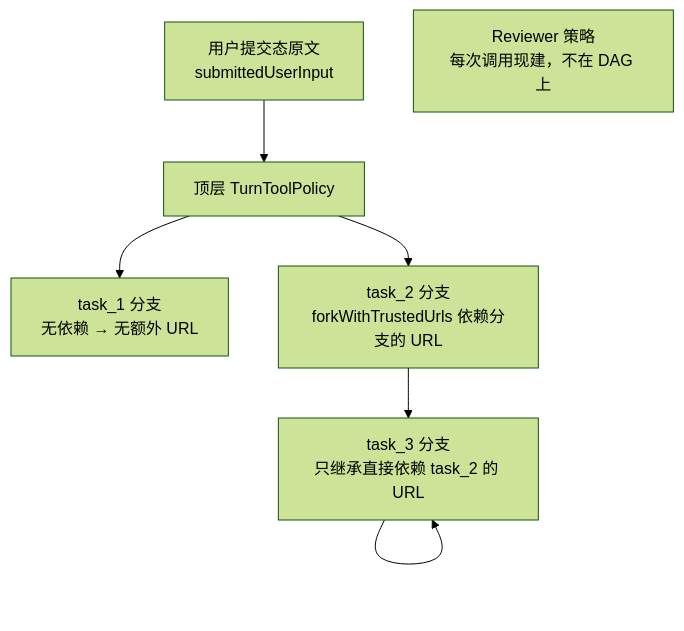
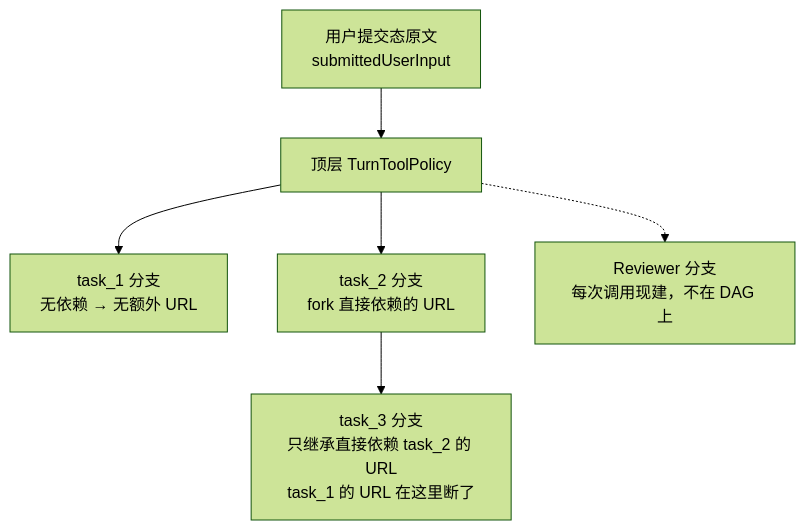
One commit to zgjdev/Code-Agent changed the tenth of 14 diagrams in docs/dev/03-multi-agent-collaboration.md. Above: the diagram before and after it, drawn with Mermaid (forest theme). The commit also changed other lines of this file and 8 other files, not shown here.

````diff
--- a/docs/dev/03-multi-agent-collaboration.md
+++ b/docs/dev/03-multi-agent-collaboration.md
@@ -674,9 +1337,8 @@
 ```mermaid
 graph TB
     U[用户提交态原文<br/>submittedUserInput] --> TOP[顶层 TurnToolPolicy]
-    TOP --> T1[task_1 分支<br/>无依赖 → 无额外 URL]
-    TOP --> T2[task_2 分支<br/>forkWithTrustedUrls 依赖分支的 URL]
-    T3[task_3 分支<br/>只继承直接依赖 task_2 的 URL] --> T3
-    T2 --> T3
-    REV[Reviewer 策略<br/>每次调用现建，不在 DAG 上]
+    TOP --> T1["task_1 分支<br/>无依赖 → 无额外 URL"]
+    TOP --> T2["task_2 分支<br/>fork 直接依赖的 URL"]
+    T2 --> T3["task_3 分支<br/>只继承直接依赖 task_2 的 URL<br/>task_1 的 URL 在这里断了"]
+    TOP -.-> REV["Reviewer 分支<br/>每次调用现建，不在 DAG 上"]
 ```
````
